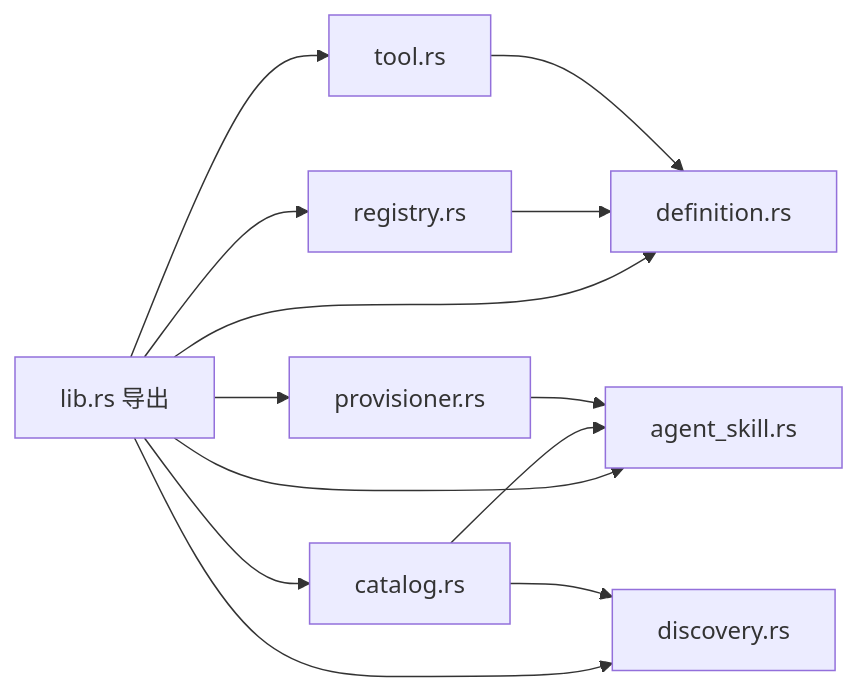
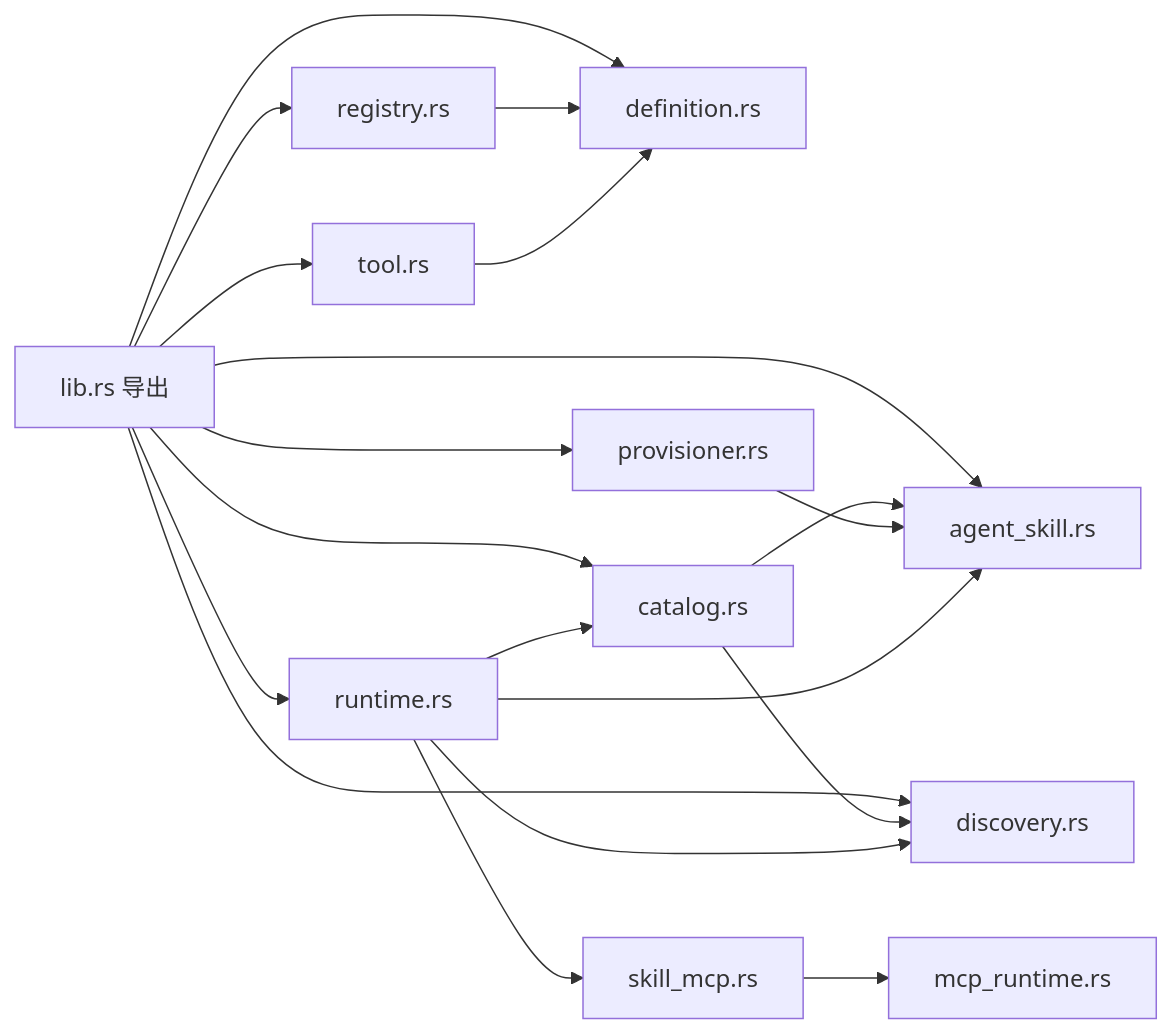
Before and after one commit to ixiejun/macaca: the seventh of 7 diagrams in .qoder/repowiki/zh/content/扩展开发/技能系统.md, drawn with Mermaid. The commit also changed other lines of this file and 49 other files, not shown here.

````diff
--- a/.qoder/repowiki/zh/content/扩展开发/技能系统.md
+++ b/.qoder/repowiki/zh/content/扩展开发/技能系统.md
@@ -254,15 +342,21 @@
 ```mermaid
 graph LR
 Lib["lib.rs 导出"] --> Def["definition.rs"]
 Lib --> Reg["registry.rs"]
 Lib --> Tool["tool.rs"]
 Lib --> Ag["agent_skill.rs"]
 Lib --> Cat["catalog.rs"]
 Lib --> Disc["discovery.rs"]
 Lib --> Prov["provisioner.rs"]
+Lib --> RT["runtime.rs"]
 Reg --> Def
 Tool --> Def
 Cat --> Ag
 Cat --> Disc
 Prov --> Ag
+RT --> Disc
+RT --> Ag
+RT --> Cat
+RT --> SM["skill_mcp.rs"]
+SM --> MR["mcp_runtime.rs"]
 ```
````
